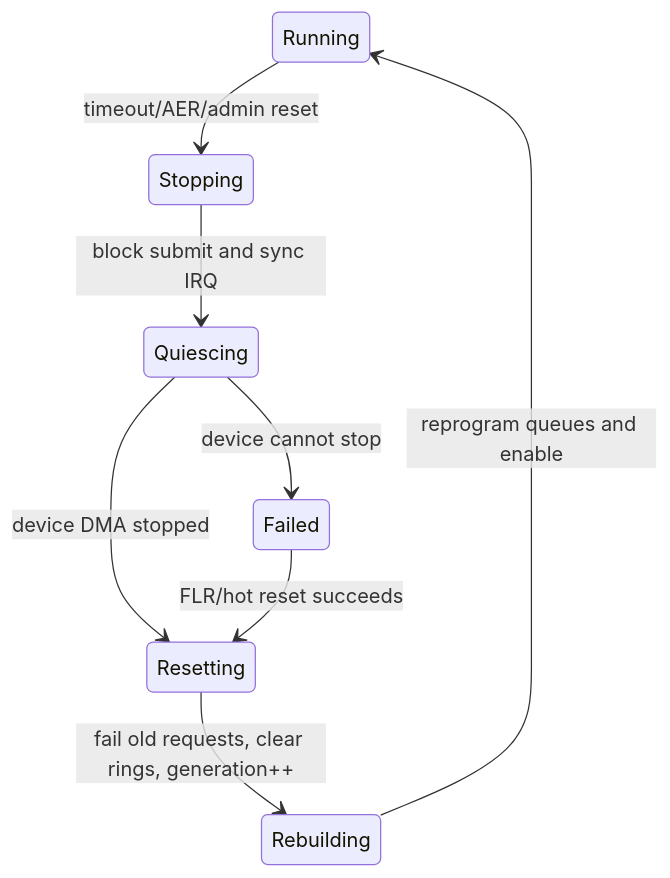
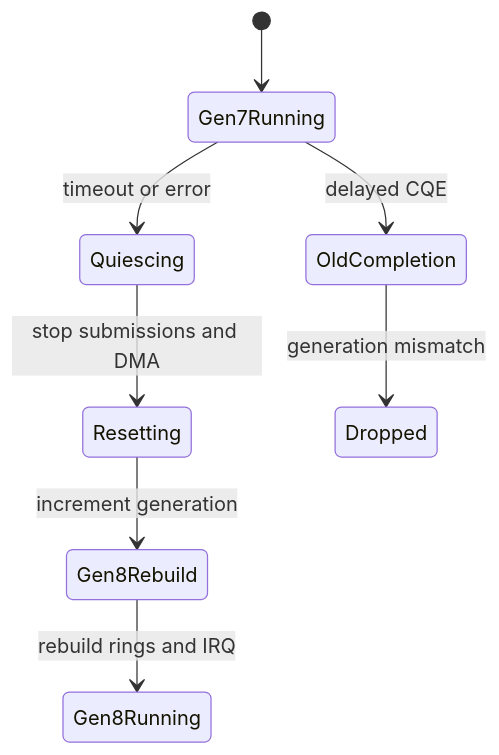
One commit to cdragon-ljl/EEandEdgeAI changed the fifth of 5 diagrams in docs/articles/pcie/pci-09-dma-descriptor-ring.md. Above: the diagram before and after it, drawn with Mermaid. The commit also changed other lines of this file and 4 other files, not shown here.

Commit message:
docs: rebuild PCIe interrupt and DMA path

````diff
--- a/docs/articles/pcie/pci-09-dma-descriptor-ring.md
+++ b/docs/articles/pcie/pci-09-dma-descriptor-ring.md
@@ -414,10 +216,10 @@
 ```mermaid
 stateDiagram-v2
-    Running --> Stopping: timeout/AER/admin reset
-    Stopping --> Quiescing: block submit and sync IRQ
-    Quiescing --> Resetting: device DMA stopped
-    Resetting --> Rebuilding: fail old requests, clear rings, generation++
-    Rebuilding --> Running: reprogram queues and enable
-    Quiescing --> Failed: device cannot stop
-    Failed --> Resetting: FLR/hot reset succeeds
+    [*] --> Gen7Running
+    Gen7Running --> Quiescing: timeout or error
+    Quiescing --> Resetting: stop submissions and DMA
+    Resetting --> Gen8Rebuild: increment generation
+    Gen8Rebuild --> Gen8Running: rebuild rings and IRQ
+    Gen7Running --> OldCompletion: delayed CQE
+    OldCompletion --> Dropped: generation mismatch
 ```
````
